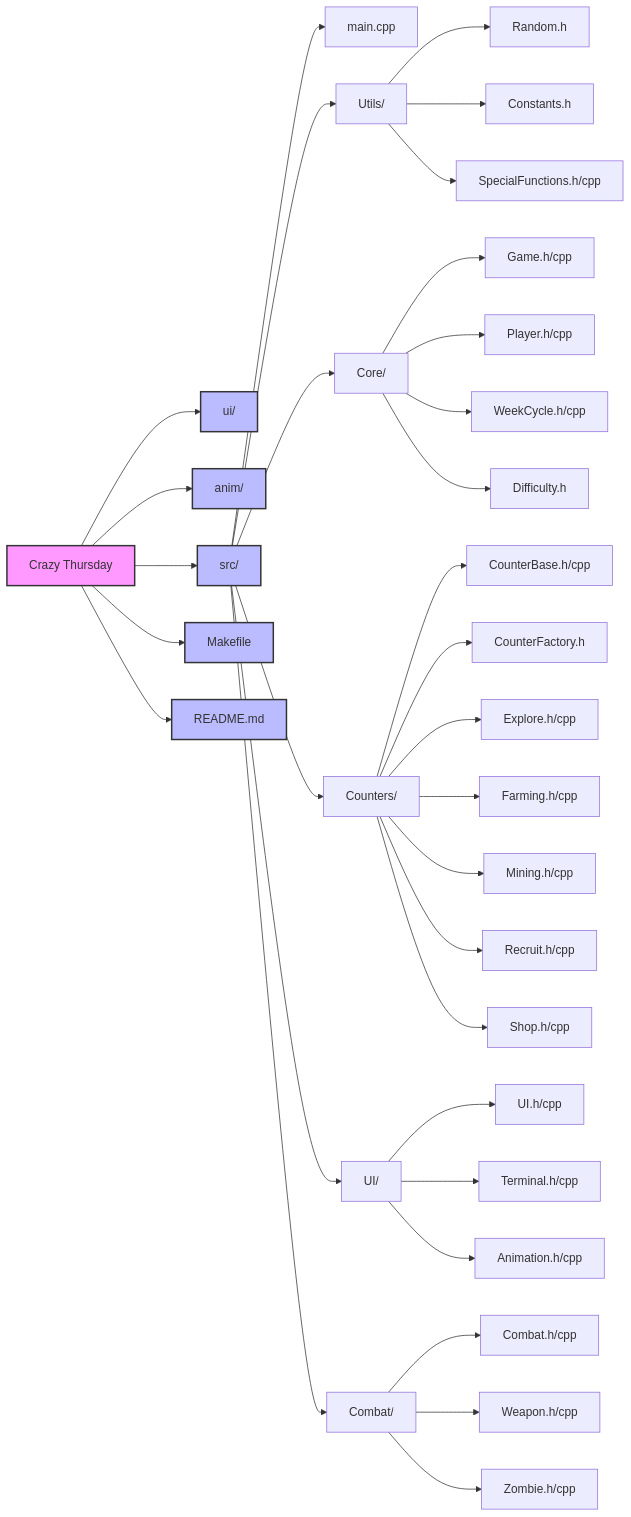
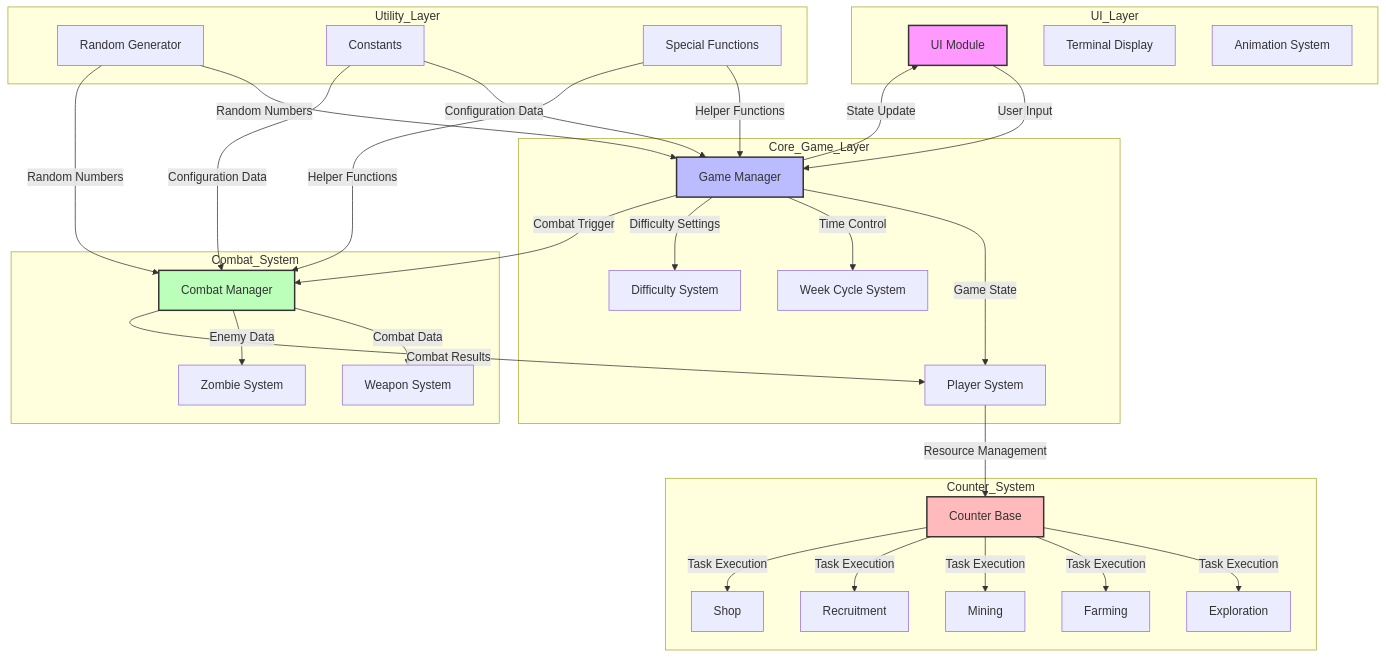
Before and after one commit to sh0redry/ENGG1340-COMP2113-GP: the first of 3 diagrams in README.md, drawn with Mermaid. The commit also changed other lines of this file, not shown here.

Commit message:
Update README.md: Revise game overview and file structure, enhancing clarity with a new flowchart and detailed descriptions of core components, including the Game, Player, and Combat classes.

````diff
--- a/README.md
+++ b/README.md
@@ -155,47 +155,67 @@
 ```mermaid
-graph LR
-    A[Crazy Thursday] --> E[ui/]
-    A --> F[anim/]
-    A --> D[src/]
-    A --> B[Makefile]
-    A --> C[README.md]
+flowchart TD
+    subgraph UI_Layer
+        UI[UI Module]
+        Terminal[Terminal Display]
+        Animation[Animation System]
+    end
+
+    subgraph Core_Game_Layer
+        Game[Game Manager]
+        Player[Player System]
+        WeekCycle[Week Cycle System]
+        Difficulty[Difficulty System]
+    end
+
+    subgraph Counter_System
+        CounterBase[Counter Base]
+        Explore[Exploration]
+        Farming[Farming]
+        Mining[Mining]
+        Recruit[Recruitment]
+        Shop[Shop]
+    end
+
+    subgraph Combat_System
+        Combat[Combat Manager]
+        Weapon[Weapon System]
+        Zombie[Zombie System]
+    end
+
+    subgraph Utility_Layer
+        Random[Random Generator]
+        Constants[Constants]
+        SpecialFunctions[Special Functions]
+    end
+
+    %% Data Flow
+    UI -->|User Input| Game
+    Game -->|State Update| UI
+    Game -->|Game State| Player
+    Game -->|Time Control| WeekCycle
+    Game -->|Difficulty Settings| Difficulty
     
-    D --> D1[main.cpp]
-    D --> D2[Utils/]
-    D --> D3[Core/]
-    D --> D4[Counters/]
-    D --> D5[UI/]
-    D --> D6[Combat/]
+    Player -->|Resource Management| CounterBase
+    CounterBase -->|Task Execution| Explore
+    CounterBase -->|Task Execution| Farming
+    CounterBase -->|Task Execution| Mining
+    CounterBase -->|Task Execution| Recruit
+    CounterBase -->|Task Execution| Shop
     
-    D2 --> D2a[Random.h]
-    D2 --> D2b[Constants.h]
-    D2 --> D2c[SpecialFunctions.h/cpp]
+    Game -->|Combat Trigger| Combat
+    Combat -->|Combat Data| Weapon
+    Combat -->|Enemy Data| Zombie
+    Combat -->|Combat Results| Player
     
-    D3 --> D3a[Game.h/cpp]
-    D3 --> D3b[Player.h/cpp]
-    D3 --> D3c[WeekCycle.h/cpp]
-    D3 --> D3d[Difficulty.h]
-    
-    D4 --> D4a[CounterBase.h/cpp]
-    D4 --> D4b[CounterFactory.h]
-    D4 --> D4c[Explore.h/cpp]
-    D4 --> D4d[Farming.h/cpp]
-    D4 --> D4e[Mining.h/cpp]
-    D4 --> D4f[Recruit.h/cpp]
-    D4 --> D4g[Shop.h/cpp]
-    
-    D5 --> D5a[UI.h/cpp]
-    D5 --> D5b[Terminal.h/cpp]
-    D5 --> D5c[Animation.h/cpp]
-    
-    D6 --> D6a[Combat.h/cpp]
-    D6 --> D6b[Weapon.h/cpp]
-    D6 --> D6c[Zombie.h/cpp]
+    Random -->|Random Numbers| Game
+    Random -->|Random Numbers| Combat
+    Constants -->|Configuration Data| Game
+    Constants -->|Configuration Data| Combat
+    SpecialFunctions -->|Helper Functions| Game
+    SpecialFunctions -->|Helper Functions| Combat
 
-    style A fill:#f9f,stroke:#333,stroke-width:2px
-    style C fill:#bbf,stroke:#333,stroke-width:2px
-    style D fill:#bbf,stroke:#333,stroke-width:2px
-    style E fill:#bbf,stroke:#333,stroke-width:2px
-    style F fill:#bbf,stroke:#333,stroke-width:2px
-    style B fill:#bbf,stroke:#333,stroke-width:2px
+    style UI fill:#f9f,stroke:#333,stroke-width:2px
+    style Game fill:#bbf,stroke:#333,stroke-width:2px
+    style Combat fill:#bfb,stroke:#333,stroke-width:2px
+    style CounterBase fill:#fbb,stroke:#333,stroke-width:2px
 ```
````
